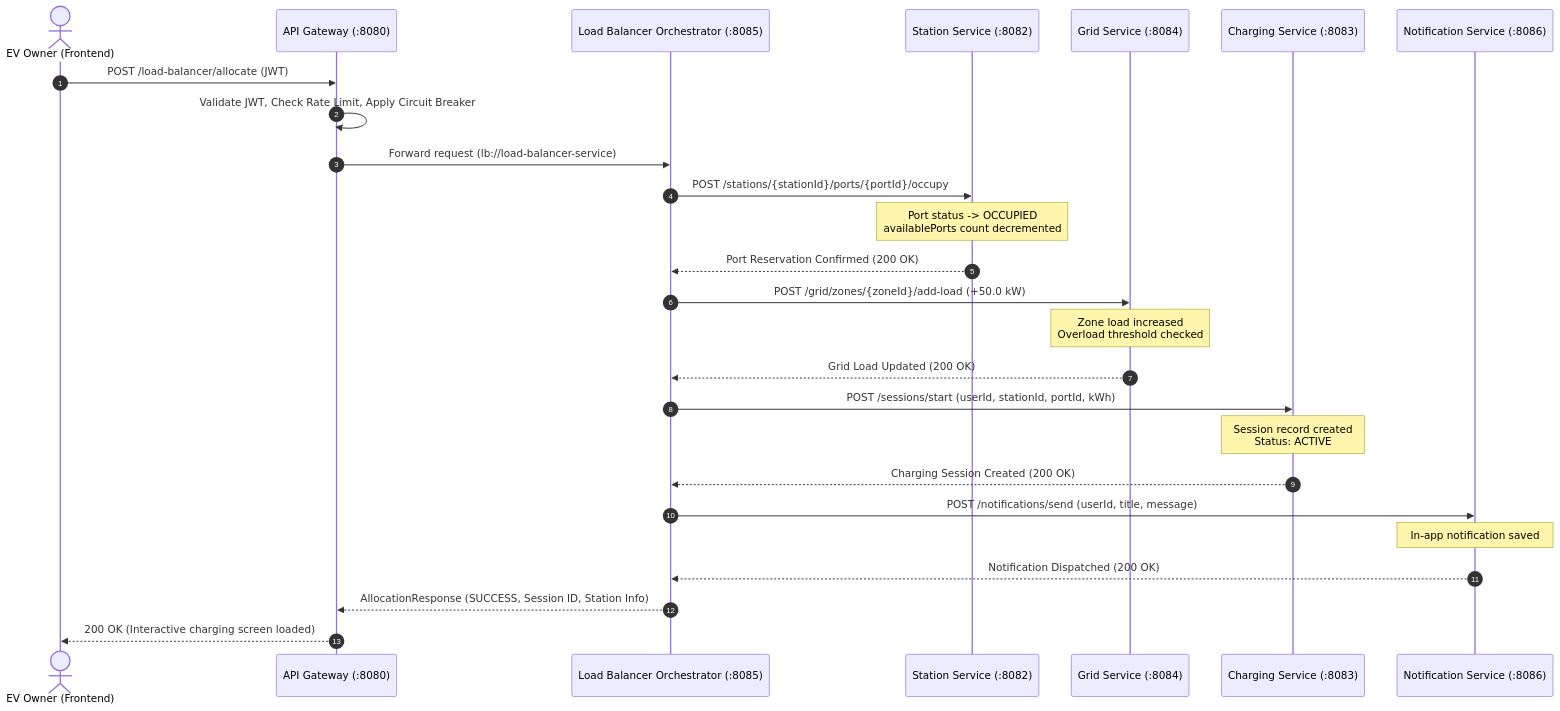
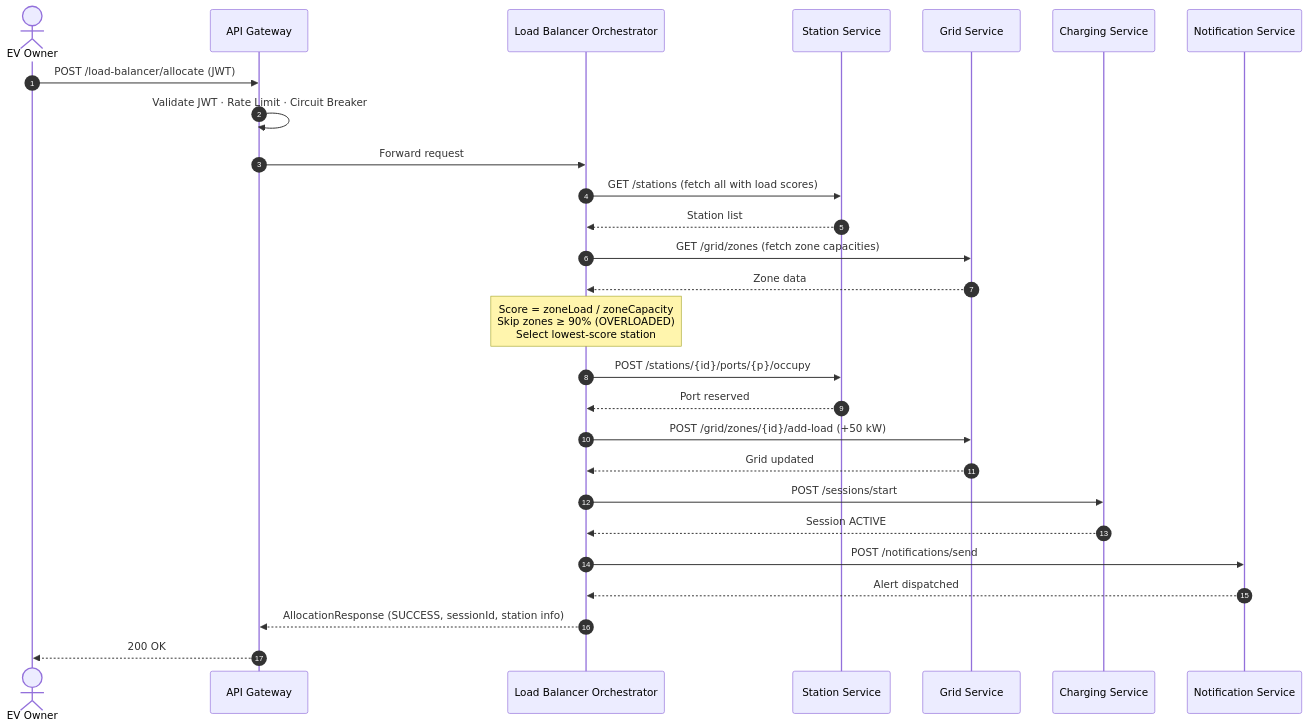
The second of 2 diagrams in README.md (sriharsha8076/Charge-Sphere-), drawn with Mermaid before and after one commit. The commit also changed other lines of this file and 21 other files, not shown here.

````diff
--- a/README.md
+++ b/README.md
@@ -159,34 +180,34 @@
 ```mermaid
 sequenceDiagram
     autonumber
-    actor Driver as EV Owner (Frontend)
-    participant GW as API Gateway (:8080)
-    participant LB as Load Balancer Orchestrator (:8085)
-    participant SS as Station Service (:8082)
-    participant GS as Grid Service (:8084)
-    participant CS as Charging Service (:8083)
-    participant NS as Notification Service (:8086)
+    actor Driver as EV Owner
+    participant GW as API Gateway
+    participant LB as Load Balancer Orchestrator
+    participant SS as Station Service
+    participant GS as Grid Service
+    participant CS as Charging Service
+    participant NS as Notification Service
 
     Driver->>GW: POST /load-balancer/allocate (JWT)
-    GW->>GW: Validate JWT, Check Rate Limit, Apply Circuit Breaker
-    GW->>LB: Forward request (lb://load-balancer-service)
+    GW->>GW: Validate JWT · Rate Limit · Circuit Breaker
+    GW->>LB: Forward request
 
-    LB->>SS: POST /stations/{stationId}/ports/{portId}/occupy
-    Note over SS: Port status -> OCCUPIED<br/>availablePorts count decremented
-    SS-->>LB: Port Reservation Confirmed (200 OK)
+    LB->>SS: GET /stations (fetch all with load scores)
+    SS-->>LB: Station list
+    LB->>GS: GET /grid/zones (fetch zone capacities)
+    GS-->>LB: Zone data
 
-    LB->>GS: POST /grid/zones/{zoneId}/add-load (+50.0 kW)
-    Note over GS: Zone load increased<br/>Overload threshold checked
-    GS-->>LB: Grid Load Updated (200 OK)
+    Note over LB: Score = zoneLoad / zoneCapacity<br/>Skip zones ≥ 90% (OVERLOADED)<br/>Select lowest-score station
 
-    LB->>CS: POST /sessions/start (userId, stationId, portId, kWh)
-    Note over CS: Session record created<br/>Status: ACTIVE
-    CS-->>LB: Charging Session Created (200 OK)
+    LB->>SS: POST /stations/{id}/ports/{p}/occupy
+    SS-->>LB: Port reserved
+    LB->>GS: POST /grid/zones/{id}/add-load (+50 kW)
+    GS-->>LB: Grid updated
+    LB->>CS: POST /sessions/start
+    CS-->>LB: Session ACTIVE
+    LB->>NS: POST /notifications/send
+    NS-->>LB: Alert dispatched
 
-    LB->>NS: POST /notifications/send (userId, title, message)
-    Note over NS: In-app notification saved
-    NS-->>LB: Notification Dispatched (200 OK)
-
-    LB-->>GW: AllocationResponse (SUCCESS, Session ID, Station Info)
-    GW-->>Driver: 200 OK (Interactive charging screen loaded)
+    LB-->>GW: AllocationResponse (SUCCESS, sessionId, station info)
+    GW-->>Driver: 200 OK
 ```
````
